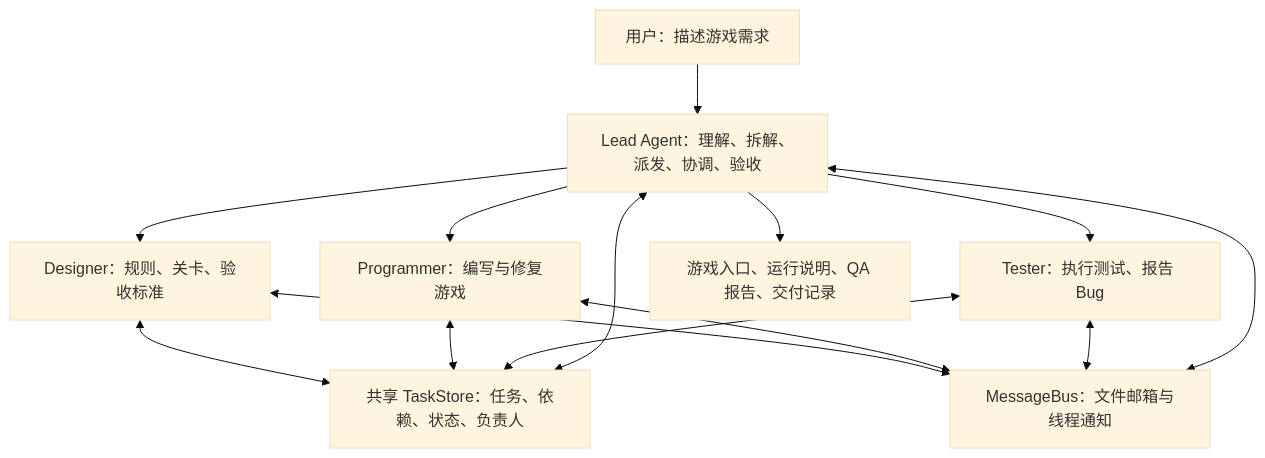
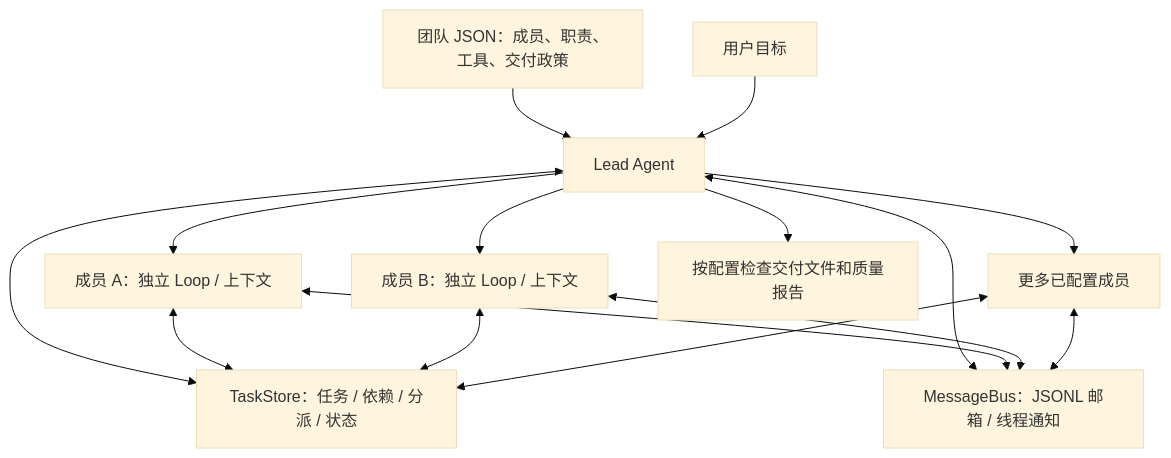
Before and after one commit to hihihiddssa/game-company-agent: the diagram in README.md, drawn with Mermaid (base theme). The commit also changed other lines of this file and 9 other files, not shown here.

````diff
--- a/README.md
+++ b/README.md
@@ -11,16 +11,17 @@
 ```mermaid
 flowchart TD
-    User[用户：描述游戏需求] --> Lead[Lead Agent：理解、拆解、派发、协调、验收]
-    Lead --> Designer[Designer：规则、关卡、验收标准]
-    Lead --> Programmer[Programmer：编写与修复游戏]
-    Lead --> Tester[Tester：执行测试、报告 Bug]
-    Designer <--> Tasks[共享 TaskStore：任务、依赖、状态、负责人]
-    Programmer <--> Tasks
-    Tester <--> Tasks
-    Lead <--> Tasks
-    Designer <--> Bus[MessageBus：文件邮箱与线程通知]
-    Programmer <--> Bus
-    Tester <--> Bus
-    Lead <--> Bus
-    Lead --> Output[游戏入口、运行说明、QA 报告、交付记录]
+    Config[团队 JSON：成员、职责、工具、交付政策] --> Lead[Lead Agent]
+    User[用户目标] --> Lead
+    Lead --> A[成员 A：独立 Loop / 上下文]
+    Lead --> B[成员 B：独立 Loop / 上下文]
+    Lead --> C[更多已配置成员]
+    Lead <--> Store[TaskStore：任务 / 依赖 / 分派 / 状态]
+    A <--> Store
+    B <--> Store
+    C <--> Store
+    Lead <--> Bus[MessageBus：JSONL 邮箱 / 线程通知]
+    A <--> Bus
+    B <--> Bus
+    C <--> Bus
+    Lead --> Delivery[按配置检查交付文件和质量报告]
 ```
````
